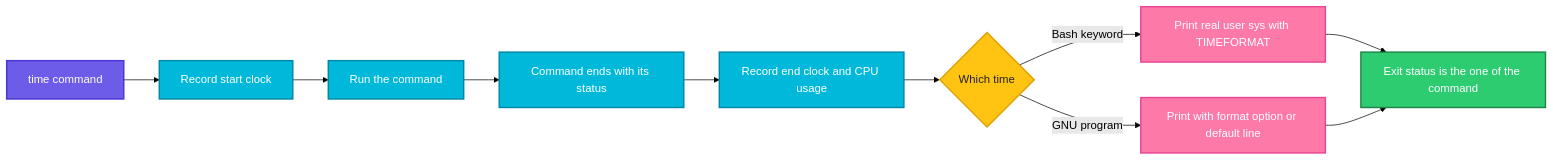
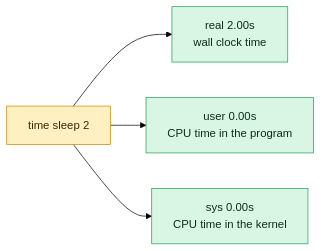
One commit to codeKerdosTech/DevOps-Documentation changed the diagram in linux/shell-basics/time.md. Above: the diagram before and after it, drawn with Mermaid (forest theme). The commit also changed other lines of this file and 165 other files, not shown here.

Commit message:
updated diagrams in linux

````diff
--- a/linux/shell-basics/time.md
+++ b/linux/shell-basics/time.md
@@ -15,24 +15,13 @@
 ```mermaid
 flowchart LR
-    A[time command] --> B[Record start clock]
-    B --> C[Run the command]
-    C --> D[Command ends with its status]
-    D --> E[Record end clock and CPU usage]
-    E --> F{Which time}
-    F -->|Bash keyword| G[Print real user sys with TIMEFORMAT]
-    F -->|GNU program| H[Print with format option or default line]
-    G --> I[Exit status is the one of the command]
-    H --> I
-    classDef start fill:#6C5CE7,stroke:#4834D4,stroke-width:2px,color:#fff
-    classDef proc fill:#00B8D9,stroke:#0087A8,stroke-width:2px,color:#fff
-    classDef dec fill:#FFC312,stroke:#E1A100,stroke-width:2px,color:#222
-    classDef ok fill:#2ECC71,stroke:#1E8449,stroke-width:2px,color:#fff
-    classDef err fill:#FF4757,stroke:#C0392B,stroke-width:2px,color:#fff
-    classDef out fill:#FD79A8,stroke:#E84393,stroke-width:2px,color:#fff
-    classDef alt fill:#FF9F43,stroke:#E67E22,stroke-width:2px,color:#fff
-    class A start
-    class B,C,D,E proc
-    class F dec
-    class G,H out
-    class I ok
+    c1[time sleep 2] --> o1[real 2.00s<br/>wall clock time]
+    c1 --> o2[user 0.00s<br/>CPU time in the program]
+    c1 --> o3[sys 0.00s<br/>CPU time in the kernel]
+    classDef inp fill:#DCEBFF,stroke:#2F6FDE,color:#10213F
+    classDef cmd fill:#FFF0C2,stroke:#C98A00,color:#3A2A00
+    classDef out fill:#D9F5E3,stroke:#1F9D55,color:#0B2E1A
+    classDef bad fill:#FDE0E0,stroke:#D13B3B,color:#4A0F0F
+    classDef note fill:#ECEFF3,stroke:#7B8794,color:#1F2933
+    class c1 cmd
+    class o1,o2,o3 out
 ```
````
